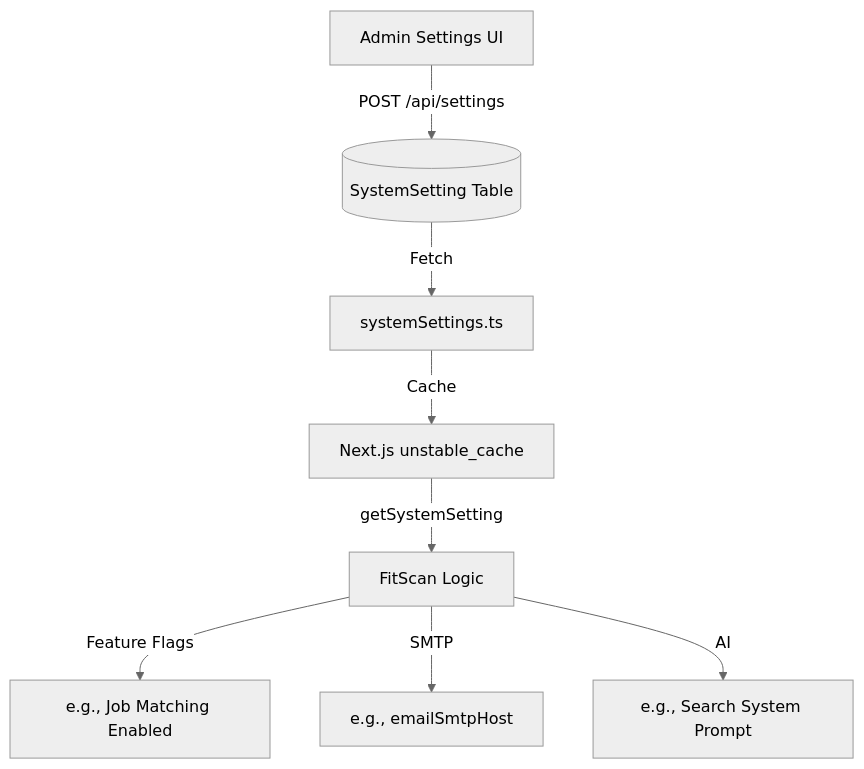
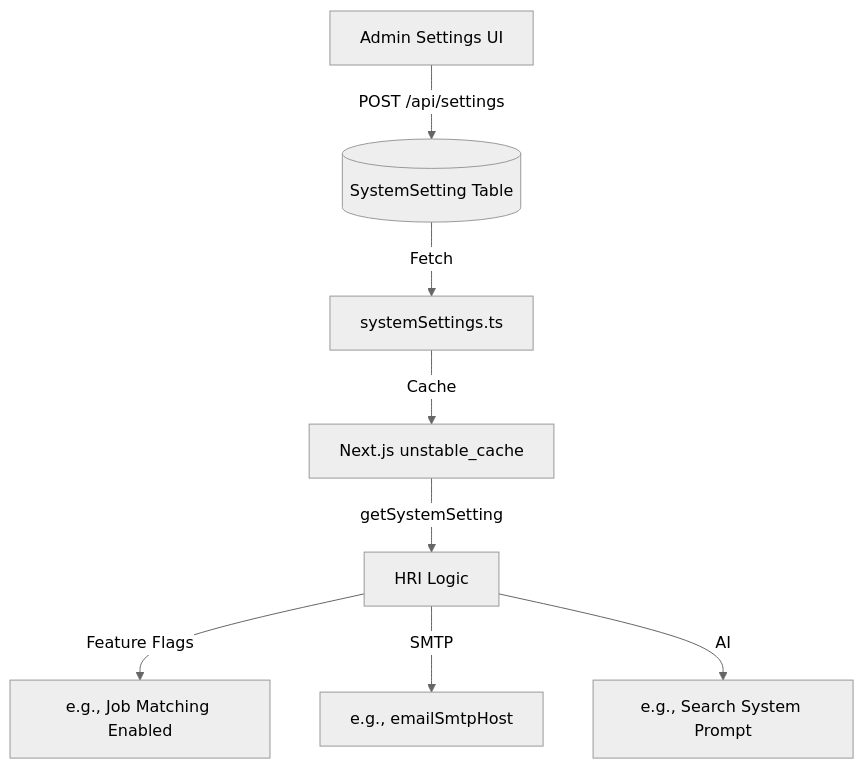
The diagram in docs/architecture/System Configuration.md (poojaroonwit/studio), drawn with Mermaid (neutral theme) before and after one commit. The commit also changed other lines of this file and 119 other files, not shown here.

````diff
--- a/docs/architecture/System Configuration.md
+++ b/docs/architecture/System Configuration.md
@@ -11,11 +11,11 @@
 ```mermaid
 graph TD
     UI[Admin Settings UI] -->|POST /api/settings| DB[(SystemSetting Table)]
     DB -->|Fetch| Service[systemSettings.ts]
     Service -->|Cache| Next[Next.js unstable_cache]
     
-    Next -->|getSystemSetting| App[FitScan Logic]
+    Next -->|getSystemSetting| App[HRI Logic]
     App -->|Feature Flags| Feature[e.g., Job Matching Enabled]
     App -->|SMTP| Email[e.g., emailSmtpHost]
     App -->|AI| AI[e.g., Search System Prompt]
 ```
````
